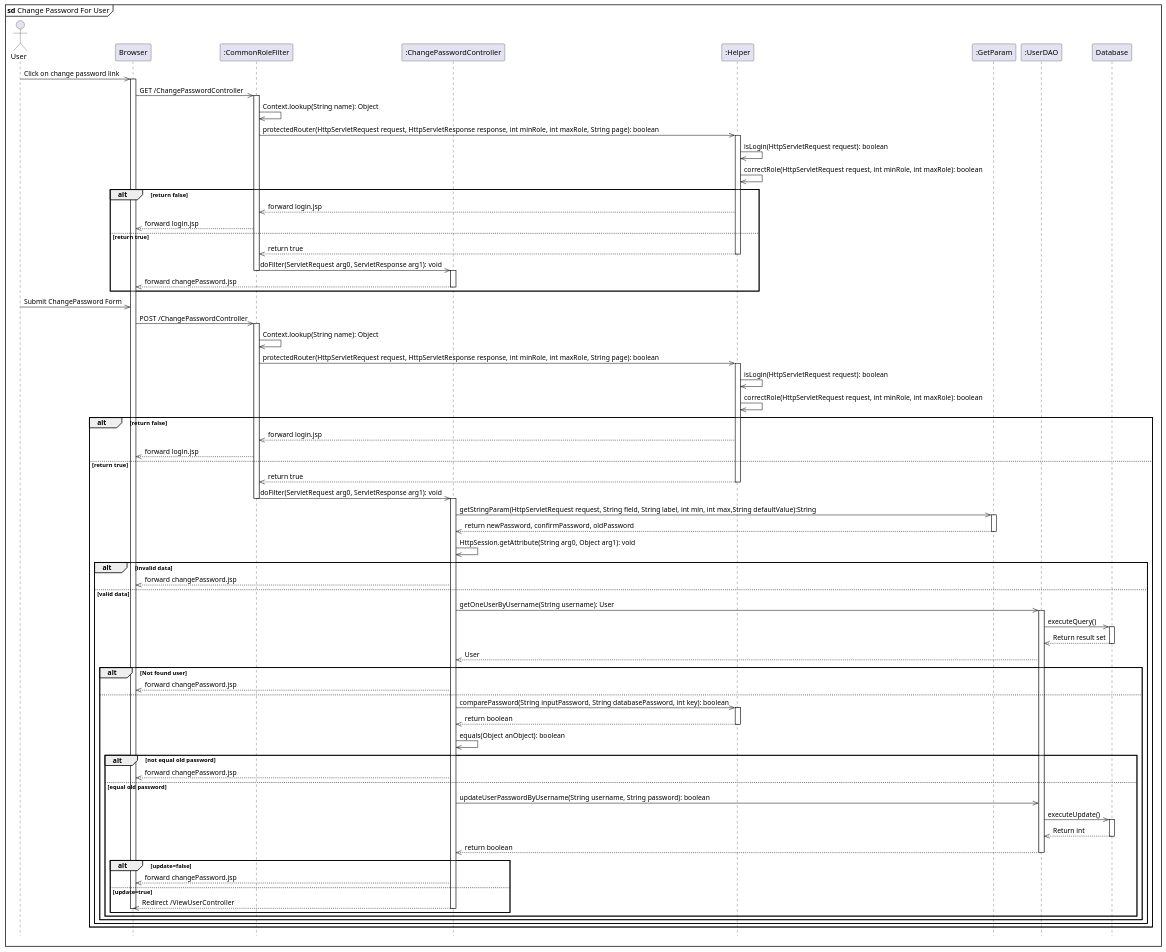
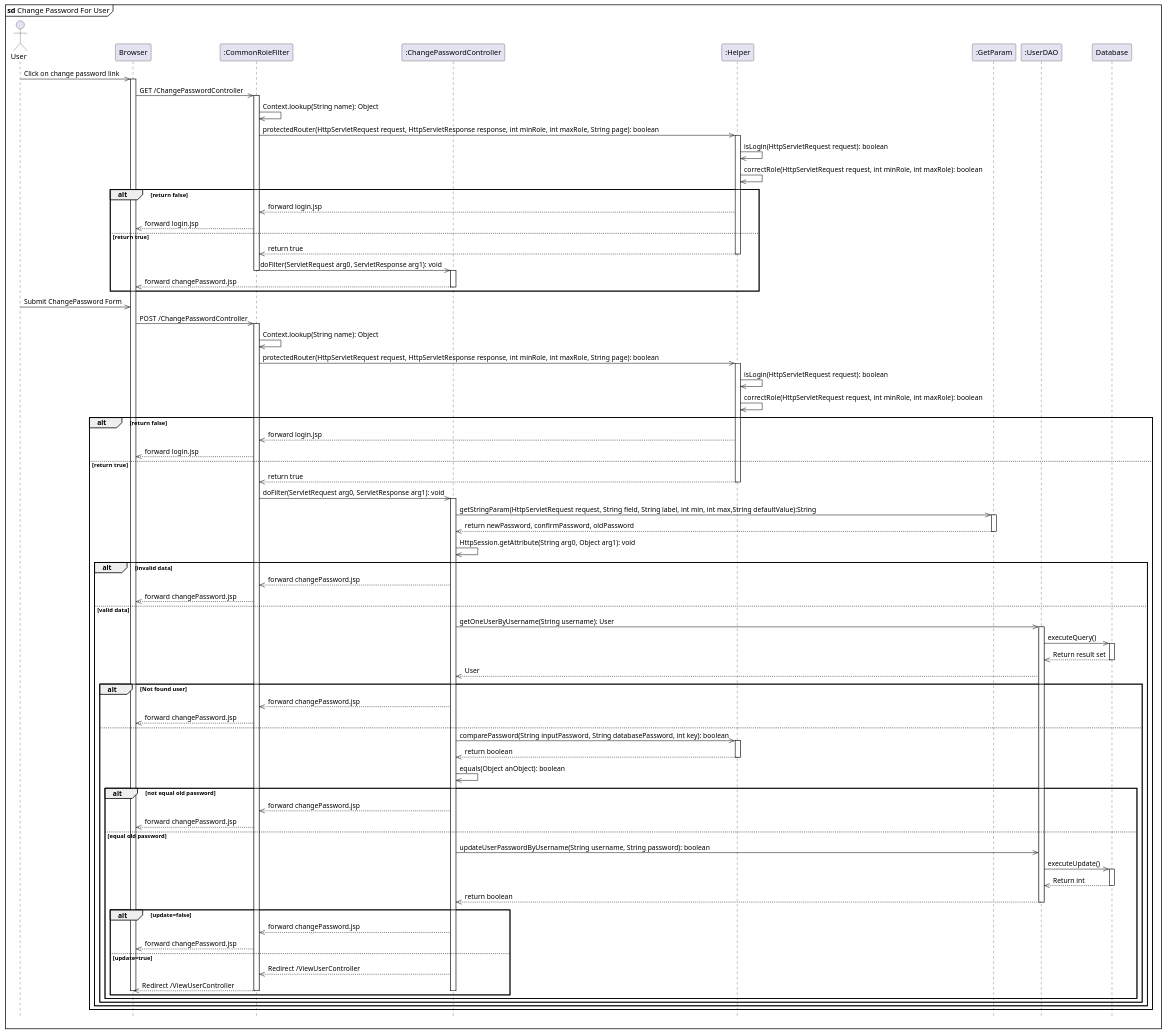
One commit to tantruong2303/booking-hotel changed the diagram in data/changePassword.puml. Above: the diagram before and after it, drawn with PlantUML.

Commit message:
fix change password

```diff
--- a/data/changePassword.puml
+++ b/data/changePassword.puml
@@ -1,99 +1,104 @@
 @startuml changePassword
 
 hide footbox
 mainframe <b>sd</b> Change Password For User
 actor User
 participant "Browser" as Browser
 participant ":CommonRoleFilter" as CommonRoleFilter
 participant ":ChangePasswordController" as ChangePasswordController
 participant ":Helper" as Helper
 participant ":GetParam" as GetParam
 participant ":UserDAO" as UserDao
 participant "Database" as DB
 
 User ->> Browser: Click on change password link
 activate Browser
 Browser ->> CommonRoleFilter: GET /ChangePasswordController
 activate CommonRoleFilter
 CommonRoleFilter ->> CommonRoleFilter: Context.lookup(String name): Object
 CommonRoleFilter ->> Helper: protectedRouter(HttpServletRequest request, HttpServletResponse response, int minRole, int maxRole, String page): boolean
 activate Helper
 Helper ->> Helper: isLogin(HttpServletRequest request): boolean
 Helper ->> Helper: correctRole(HttpServletRequest request, int minRole, int maxRole): boolean
 alt return false 
     Helper -->> CommonRoleFilter: forward login.jsp
     CommonRoleFilter -->> Browser: forward login.jsp
 else return true
     Helper -->> CommonRoleFilter: return true
     deactivate Helper
     CommonRoleFilter ->> ChangePasswordController: doFilter(ServletRequest arg0, ServletResponse arg1): void
     deactivate CommonRoleFilter
     activate ChangePasswordController
     ChangePasswordController -->> Browser: forward changePassword.jsp
     deactivate ChangePasswordController
    
 end
 
 
 User ->> Browser: Submit ChangePassword Form
 Browser ->> CommonRoleFilter: POST /ChangePasswordController
 activate CommonRoleFilter
 CommonRoleFilter ->> CommonRoleFilter: Context.lookup(String name): Object
 CommonRoleFilter ->> Helper: protectedRouter(HttpServletRequest request, HttpServletResponse response, int minRole, int maxRole, String page): boolean
 activate Helper
 Helper ->> Helper: isLogin(HttpServletRequest request): boolean
 Helper ->> Helper: correctRole(HttpServletRequest request, int minRole, int maxRole): boolean
 alt return false 
     Helper -->> CommonRoleFilter: forward login.jsp
     CommonRoleFilter -->> Browser: forward login.jsp
 else return true
     Helper -->> CommonRoleFilter: return true
     deactivate Helper
     CommonRoleFilter ->> ChangePasswordController: doFilter(ServletRequest arg0, ServletResponse arg1): void
-    deactivate CommonRoleFilter
     activate ChangePasswordController
     ChangePasswordController ->> GetParam: getStringParam(HttpServletRequest request, String field, String label, int min, int max,String defaultValue):String
     activate GetParam
     GetParam --->> ChangePasswordController: return newPassword, confirmPassword, oldPassword 
     deactivate GetParam
     ChangePasswordController ->> ChangePasswordController: HttpSession.getAttribute(String arg0, Object arg1): void
     alt invalid data
-        ChangePasswordController -->> Browser: forward changePassword.jsp
+        ChangePasswordController -->> CommonRoleFilter: forward changePassword.jsp
+        CommonRoleFilter -->> Browser: forward changePassword.jsp
     else valid data
         ChangePasswordController ->> UserDao: getOneUserByUsername(String username): User
         activate UserDao
         UserDao ->> DB: executeQuery()
         activate DB
         DB -->> UserDao: Return result set
         deactivate DB
         UserDao -->> ChangePasswordController: User
         alt Not found user
-            ChangePasswordController -->> Browser: forward changePassword.jsp
+            ChangePasswordController -->> CommonRoleFilter: forward changePassword.jsp
+            CommonRoleFilter -->> Browser: forward changePassword.jsp
         else
             ChangePasswordController ->> Helper:  comparePassword(String inputPassword, String databasePassword, int key): boolean
             activate Helper
             Helper   -->> ChangePasswordController:  return boolean
             deactivate Helper
             ChangePasswordController   ->> ChangePasswordController:   equals(Object anObject): boolean
             alt not equal old password
-                ChangePasswordController -->> Browser: forward changePassword.jsp
+                ChangePasswordController -->> CommonRoleFilter: forward changePassword.jsp
+                CommonRoleFilter -->> Browser: forward changePassword.jsp
             else equal old password
                 ChangePasswordController ->> UserDao:  updateUserPasswordByUsername(String username, String password): boolean
                 UserDao ->> DB: executeUpdate()
                 activate DB
                 DB -->> UserDao: Return int
                 deactivate DB
                 UserDao -->> ChangePasswordController: return boolean
                 deactivate UserDao
                 alt update=false
-                    ChangePasswordController -->> Browser: forward changePassword.jsp
+                    ChangePasswordController -->> CommonRoleFilter: forward changePassword.jsp
+                    CommonRoleFilter -->> Browser: forward changePassword.jsp
                 else  update=true
-                    ChangePasswordController -->> Browser: Redirect /ViewUserController 
+                    ChangePasswordController -->> CommonRoleFilter: Redirect /ViewUserController 
+                    CommonRoleFilter -->> Browser: Redirect /ViewUserController 
+                    deactivate CommonRoleFilter
                     deactivate ChangePasswordController
                     deactivate Browser
                 end
             end
         end
     end
 end
 @enduml
```
